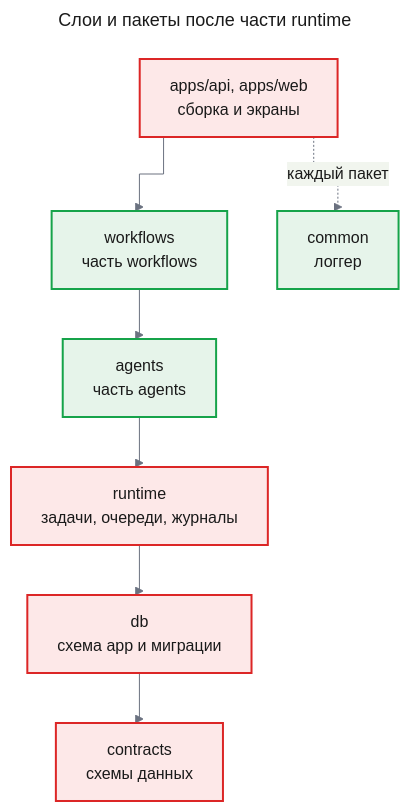
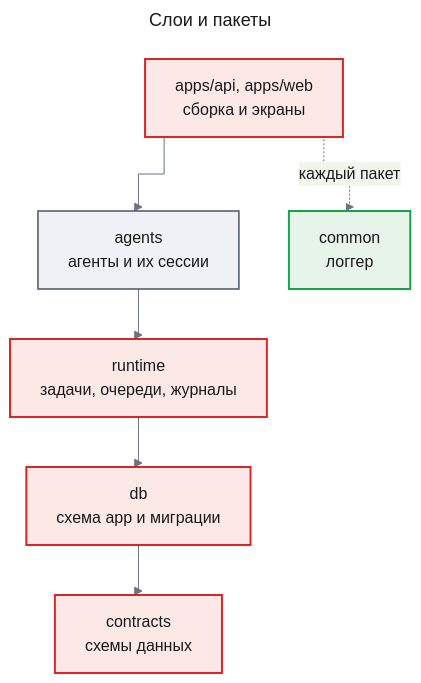
The third of 12 diagrams in docs/features/agent-platform/design-runtime.md (tundraray/agent-os), drawn with Mermaid before and after one commit. The commit also changed other lines of this file and 1225 other files, not shown here.

````diff
--- a/docs/features/agent-platform/design-runtime.md
+++ b/docs/features/agent-platform/design-runtime.md
@@ -264,33 +256,33 @@
 ```mermaid
 ---
-title: "Слои и пакеты после части runtime"
+title: "Слои и пакеты"
 config:
   theme: base
   look: classic
   themeVariables:
     primaryColor: "#eef1f5"
     primaryBorderColor: "#4b5563"
     primaryTextColor: "#1a1a1a"
     lineColor: "#6b7280"
   flowchart:
     curve: step
 ---
 flowchart TB
     apps["apps/api, apps/web<br/>сборка и экраны"]
-    workflows["workflows<br/>часть workflows"]
-    agents["agents<br/>часть agents"]
+    agents["agents<br/>агенты и их сессии"]
     runtime["runtime<br/>задачи, очереди, журналы"]
     db["db<br/>схема app и миграции"]
     contracts["contracts<br/>схемы данных"]
     common["common<br/>логгер"]
-    apps --> workflows
-    workflows --> agents
+    apps --> agents
     agents --> runtime
     runtime --> db
     db --> contracts
     apps -.->|"каждый пакет"| common
     classDef changed fill:#fde8e8,stroke:#dc2626,stroke-width:2px,color:#1a1a1a
     classDef new fill:#e6f4ea,stroke:#16a34a,stroke-width:2px,color:#1a1a1a
+    classDef unchanged fill:#eef1f5,stroke:#4b5563,stroke-width:1.5px,color:#1a1a1a
     class apps,runtime,db,contracts changed
-    class workflows,agents,common new
+    class common new
+    class agents unchanged
 ```
````
